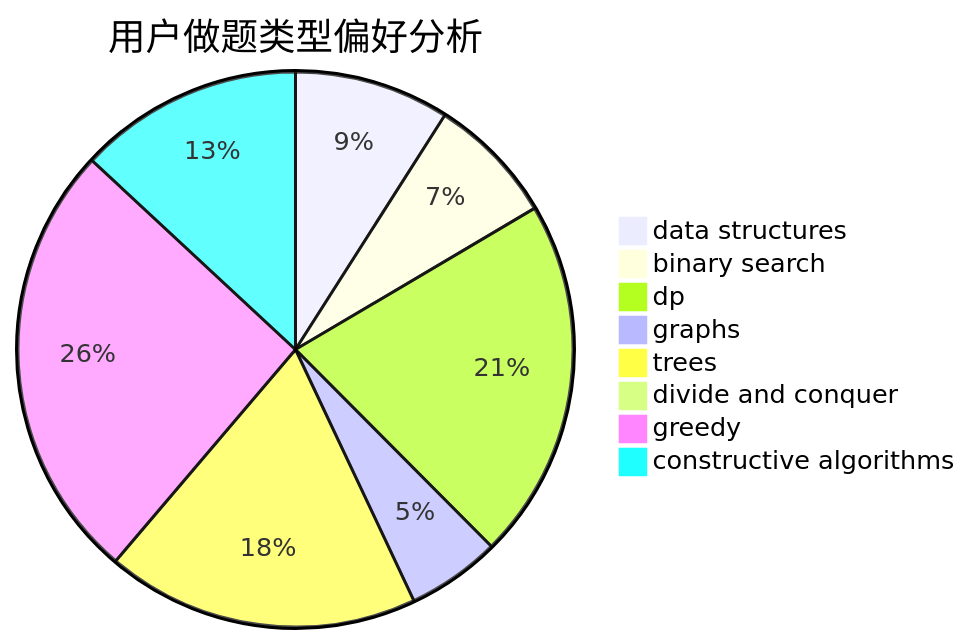
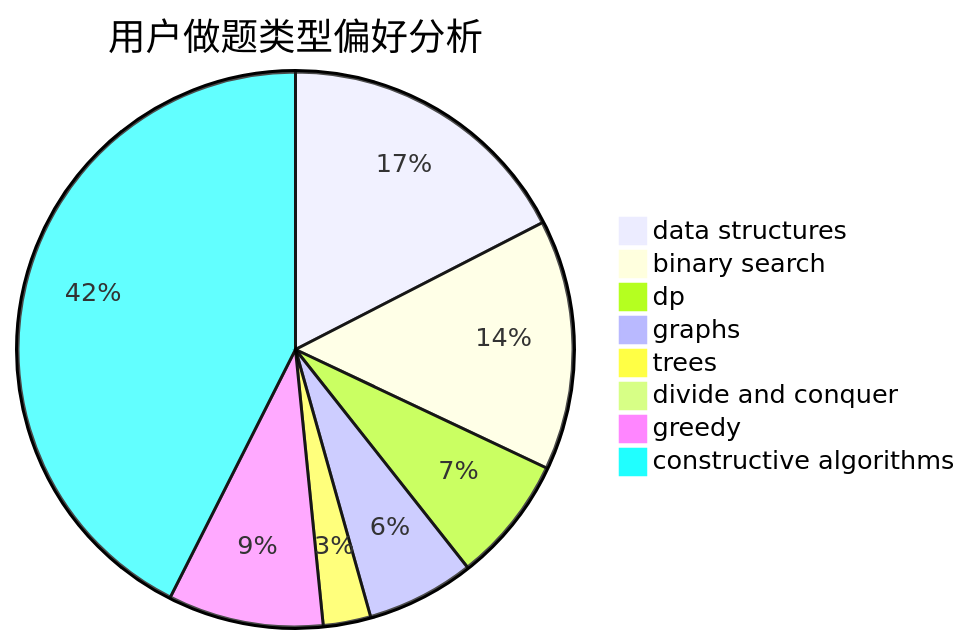
Before and after one commit to sherpahu/cfrs.github.io: the second of 3 diagrams in docs/user/u1631.md, drawn with Mermaid. The commit also changed other lines of this file and 2770 other files, not shown here.

````diff
--- a/docs/user/u1631.md
+++ b/docs/user/u1631.md
@@ -23,11 +23,11 @@
 ```mermaid
 pie title 用户做题类型偏好分析
-    "data structures" :  58
-    "binary search" :  48
-    "dp" :  135
-    "graphs" :  35
-    "trees" :  117
-    "divide and conquer" :  0
-    "greedy" :  165
-    "constructive algorithms" :  84
+    "data structures" :  164
+    "binary search" :  137
+    "dp" :  69
+    "graphs" :  59
+    "trees" :  26
+    "divide and conquer" :  6
+    "greedy" :  85
+    "constructive algorithms" :  400
 ```
````
